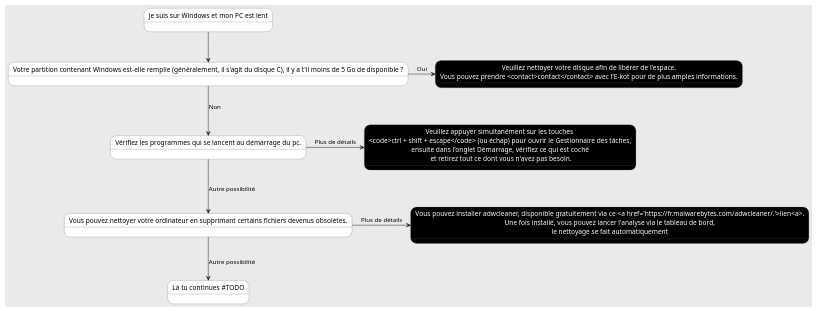
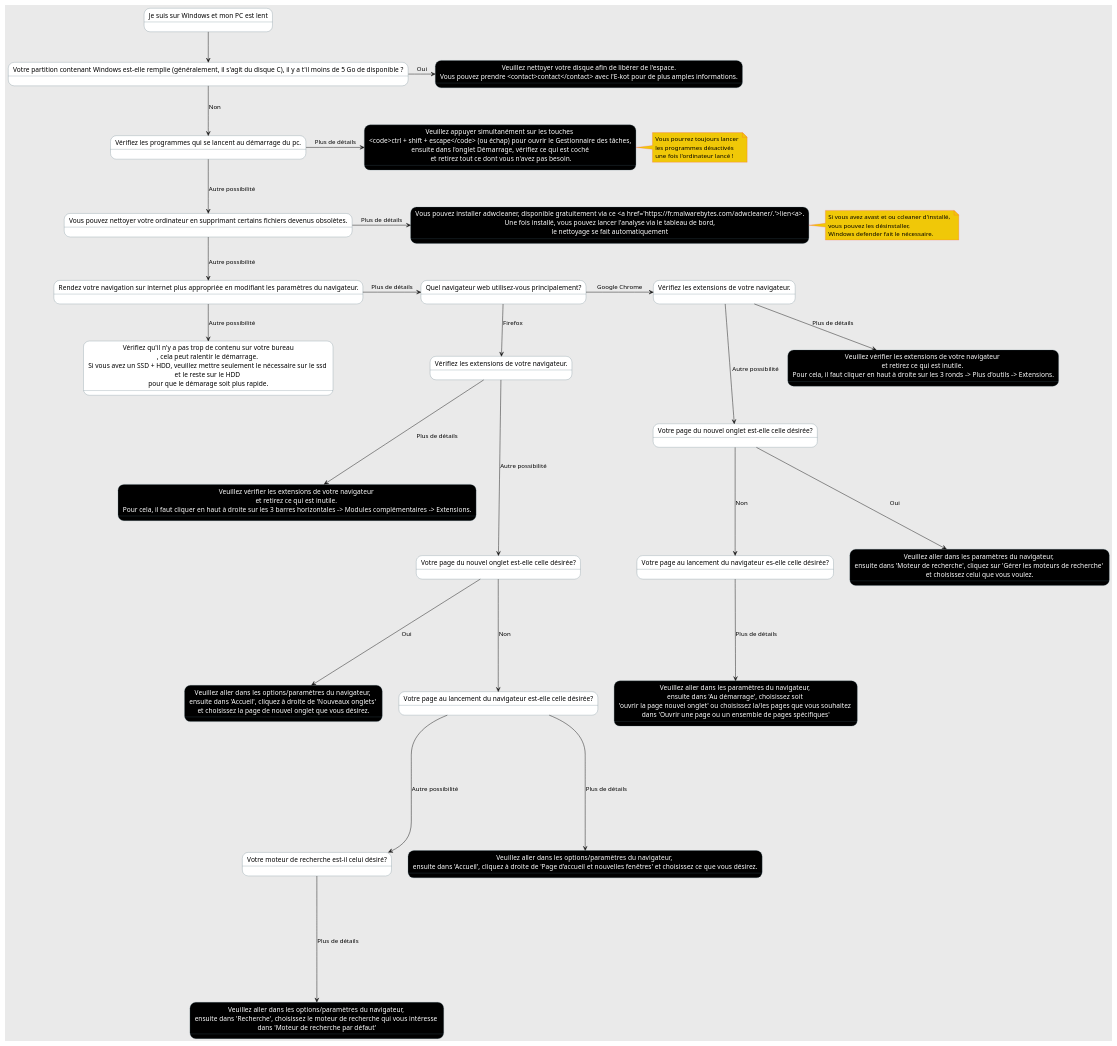
The diagram in client/src/static/diagrams/3/diagram.plantuml (e-kot-unamur/aide), drawn with PlantUML before and after one commit.

Commit message:
diagrammpclentfinal?

```diff
--- a/client/src/static/diagrams/3/diagram.plantuml
+++ b/client/src/static/diagrams/3/diagram.plantuml
@@ -1,39 +1,83 @@
 @startuml
 skinparam backgroundColor #EAEAEA
 skinparam note {
     BackgroundColor #F0C808
     BorderColor #FE4A49
 }
 skinparam state {
     BackgroundColor #fff
     BackgroundColor<<Leaf>> #000000
     FontColor<<Leaf>> #FFF
     BorderColor #4F6D7A
 }
 
 state "Je suis sur Windows et mon PC est lent" as root
 
 state "Votre partition contenant Windows est-elle remplie (généralement, il s'agit du disque C), il y a t'il moins de 5 Go de disponible ?" as diskState
 
 state "Vérifiez les programmes qui se lancent au démarrage du pc." as startup 
 
 state "Vous pouvez nettoyer votre ordinateur en supprimant certains fichiers devenus obsolètes." as clean
 
-state "Là tu continues #TODO" as tocard
+state "Rendez votre navigation sur internet plus appropriée en modifiant les paramètres du navigateur." as browsing
+
+state "Quel navigateur web utilisez-vous principalement?" as browser
+
+state "Vérifiez les extensions de votre navigateur." as extG
+state "Votre page du nouvel onglet est-elle celle désirée?" as newPageG
+state "Votre page au lancement du navigateur es-elle celle désirée?" as startBrowserG
+
+state "Vérifiez les extensions de votre navigateur." as extF
+state "Votre page du nouvel onglet est-elle celle désirée?" as newPageF
+state "Votre page au lancement du navigateur est-elle celle désirée?" as startBrowserF
+state "Votre moteur de recherche est-il celui désiré?" as searchEngineF
+
+state "Vérifiez qu'il n'y a pas trop de contenu sur votre bureau\n, cela peut ralentir le démarrage. \nSi vous avez un SSD + HDD, veuillez mettre seulement le nécessaire sur le ssd \net le reste sur le HDD \npour que le démarage soit plus rapide." as other
 
 state "Veuillez nettoyer votre disque afin de libérer de l'espace.\nVous pouvez prendre <contact>contact</contact> avec l'E-kot pour de plus amples informations." as diskSol <<Leaf>>
 state "Veuillez appuyer simultanément sur les touches \n<code>ctrl + shift + escape</code> (ou échap) pour ouvrir le Gestionnaire des tâches,\nensuite dans l'onglet Démarrage, vérifiez ce qui est coché\n et retirez tout ce dont vous n'avez pas besoin." as startupSol <<Leaf>>
 state "Vous pouvez installer adwcleaner, disponible gratuitement via ce <a href='https://fr.malwarebytes.com/adwcleaner/.'>lien<a>.\nUne fois installé, vous pouvez lancer l'analyse via le tableau de bord,\nle nettoyage se fait automatiquement" as cleanSol <<Leaf>>
+
+state "Veuillez vérifier les extensions de votre navigateur \net retirez ce qui est inutile. \nPour cela, il faut cliquer en haut à droite sur les 3 ronds -> Plus d'outils -> Extensions." as extLeafG <<Leaf>>
+state "Veuillez aller dans les paramètres du navigateur, \nensuite dans 'Moteur de recherche', cliquez sur 'Gérer les moteurs de recherche' \net choisissez celui que vous voulez." as newPageLeafG <<Leaf>>
+state "Veuillez aller dans les paramètres du navigateur, \nensuite dans 'Au démarrage', choisissez soit \n'ouvrir la page nouvel onglet' ou choisissez la/les pages que vous souhaitez \ndans 'Ouvrir une page ou un ensemble de pages spécifiques'" as startBrowserLeafG <<Leaf>>
+
+state "Veuillez vérifier les extensions de votre navigateur \net retirez ce qui est inutile. \nPour cela, il faut cliquer en haut à droite sur les 3 barres horizontales -> Modules complémentaires -> Extensions." as extLeafF <<Leaf>>
+state "Veuillez aller dans les options/paramètres du navigateur, \nensuite dans 'Accueil', cliquez à droite de 'Nouveaux onglets' \net choisissez la page de nouvel onglet que vous désirez." as newPageLeafF <<Leaf>>
+state "Veuillez aller dans les options/paramètres du navigateur, \nensuite dans 'Accueil', cliquez à droite de 'Page d’accueil et nouvelles fenêtres' et choisissez ce que vous désirez." as startBrowserLeafF <<Leaf>>
+state "Veuillez aller dans les options/paramètres du navigateur, \nensuite dans 'Recherche', choisissez le moteur de recherche qui vous intéresse \ndans 'Moteur de recherche par défaut'" as searchEngineLeafF <<Leaf>>
+
+note right of startupSol : Vous pourrez toujours lancer \nles programmes désactivés \nune fois l'ordinateur lancé !
+note right of cleanSol : Si vous avez avast et ou ccleaner d'installé, \nvous pouvez les désinstaller, \nWindows defender fait le nécessaire.
 
 root --> diskState
 
 diskState -> diskSol: Oui
 diskState --> startup: Non
 
 startup -> startupSol: Plus de détails
 startup --> clean: Autre possibilité
 
 clean -> cleanSol: Plus de détails 
-clean --> tocard: Autre possibilité 
+clean --> browsing: Autre possibilité 
+
+browsing -> browser: Plus de détails
+browsing --> other: Autre possibilité
+
+browser -> extG: Google Chrome
+extG --> extLeafG: Plus de détails
+extG ---> newPageG: Autre possibilité
+newPageG ---> newPageLeafG: Oui
+newPageG ---> startBrowserG: Non
+startBrowserG ----> startBrowserLeafG: Plus de détails
+
+browser --> extF : Firefox
+extF ---> extLeafF: Plus de détails
+extF ----> newPageF: Autre possibilité
+newPageF ----> newPageLeafF: Oui
+newPageF ----> startBrowserF: Non
+startBrowserF -----> startBrowserLeafF: Plus de détails
+startBrowserF -----> searchEngineF: Autre possibilité
+searchEngineF -----> searchEngineLeafF: Plus de détails
 
 @enduml
```
